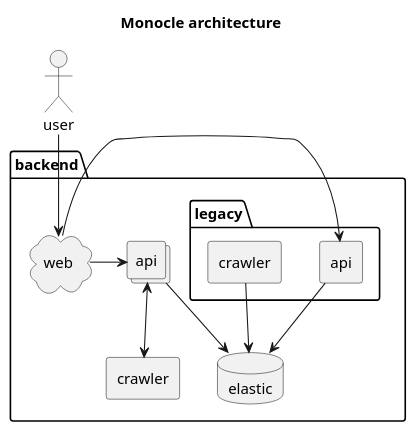
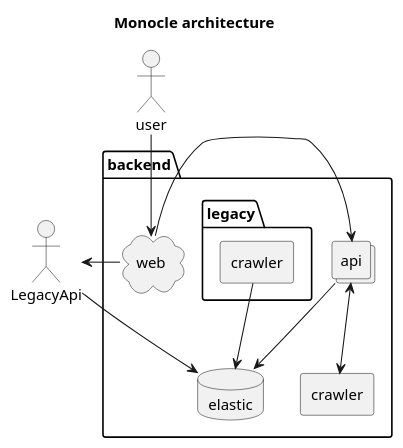
One commit to change-metrics/monocle changed the diagram in doc/architecture.plantuml. Above: the diagram before and after it, drawn with PlantUML. The commit also changed 10 other files, not shown here.

Commit message:
[deploy] Remove api-legacy 🚀

```diff
--- a/doc/architecture.plantuml
+++ b/doc/architecture.plantuml
@@ -1,24 +1,23 @@
 @startuml
 title Monocle architecture
 
 package "backend" {
   database "elastic" as Datastore
   collections "api" as Api
   agent "crawler" as Worker
   cloud "web" as Proxy
 
   package "legacy" {
     agent "crawler" as LegacyWorker
-    agent "api" as LegacyApi
   }
 }
 actor user as User
 
 Api --> Datastore
 Api <--> Worker
 Proxy -> Api
 User --> Proxy
 Proxy -> LegacyApi
 LegacyApi --> Datastore
 LegacyWorker --> Datastore
 @enduml
```
